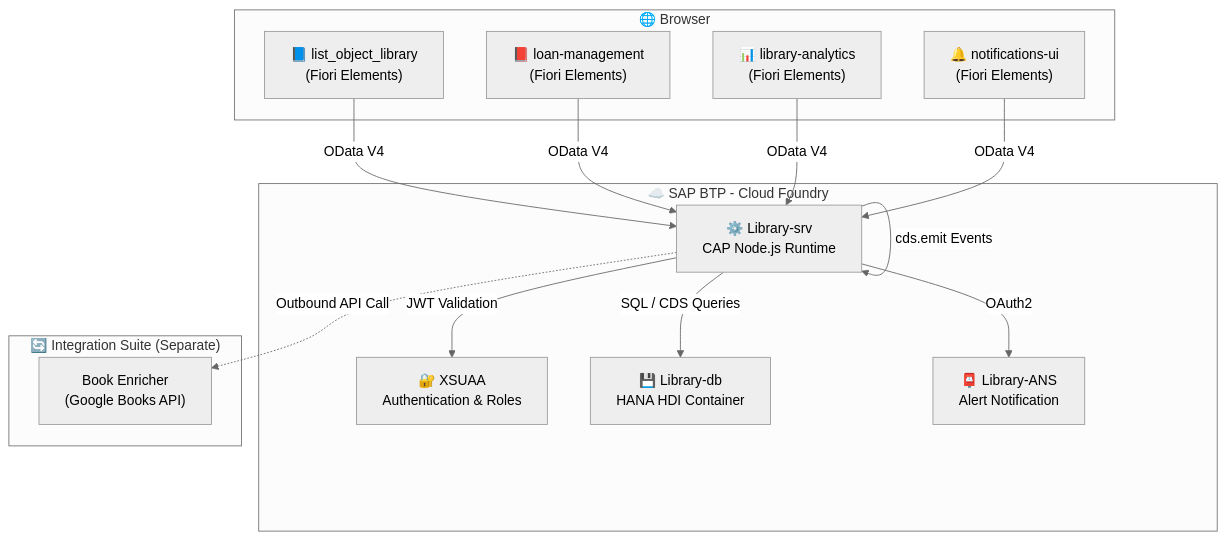
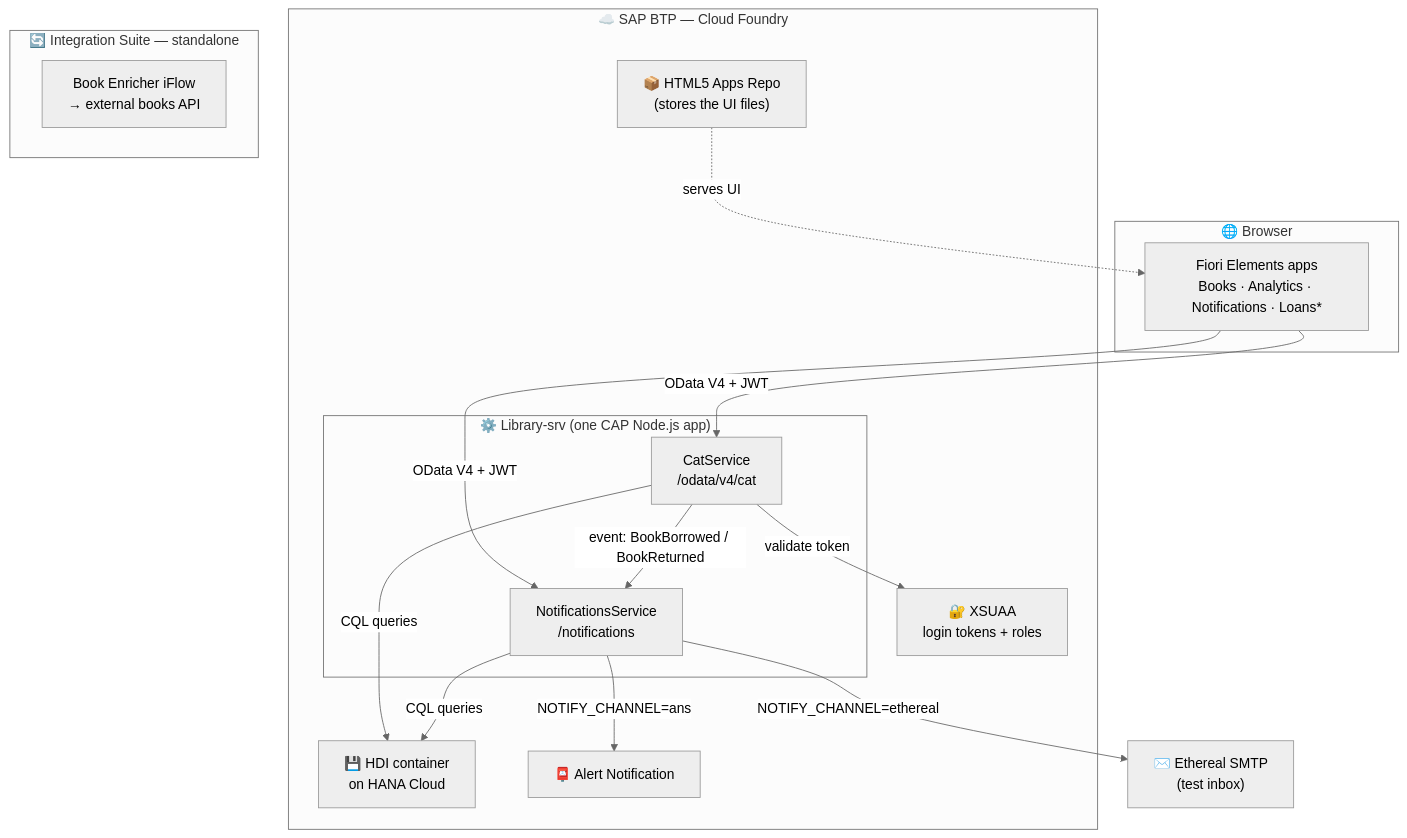
Before and after one commit to dhruv37502005/Library: the diagram in README.md, drawn with Mermaid (neutral theme). The commit also changed other lines of this file, not shown here.

````diff
--- a/README.md
+++ b/README.md
@@ -71,27 +97,33 @@
 ```mermaid
 flowchart TB
-    subgraph Browser["🌐 Browser"]
-        FE1["📘 list_object_library<br/>(Fiori Elements)"]
-        FE2["📕 loan-management<br/>(Fiori Elements)"]
-        FE3["📊 library-analytics<br/>(Fiori Elements)"]
-        FE4["🔔 notifications-ui<br/>(Fiori Elements)"]
+    subgraph Client["🌐 Browser"]
+        FE["Fiori Elements apps<br/>Books · Analytics · Notifications · Loans*"]
     end
 
-    subgraph BTP["☁️ SAP BTP - Cloud Foundry"]
-        SRV["⚙️ Library-srv<br/>CAP Node.js Runtime"]
-        XSUAA["🔐 XSUAA<br/>Authentication & Roles"]
-        HDI["💾 Library-db<br/>HANA HDI Container"]
-        ANS["📮 Library-ANS<br/>Alert Notification"]
+    subgraph BTP["☁️ SAP BTP — Cloud Foundry"]
+        REPO["📦 HTML5 Apps Repo<br/>(stores the UI files)"]
+        subgraph SRVAPP["⚙️ Library-srv  (one CAP Node.js app)"]
+            CAT["CatService<br/>/odata/v4/cat"]
+            NOTIF["NotificationsService<br/>/notifications"]
+        end
+        XSUAA["🔐 XSUAA<br/>login tokens + roles"]
+        HDI["💾 HDI container<br/>on HANA Cloud"]
+        ANS["📮 Alert Notification"]
     end
 
-    subgraph CPI["🔄 Integration Suite (Separate)"]
-        IFLOW["Book Enricher<br/>(Google Books API)"]
+    MAIL["✉️ Ethereal SMTP<br/>(test inbox)"]
+
+    subgraph CPI["🔄 Integration Suite — standalone"]
+        IFLOW["Book Enricher iFlow<br/>→ external books API"]
     end
 
-    FE1 & FE2 & FE3 & FE4 -->|OData V4| SRV
-    SRV -->|JWT Validation| XSUAA
-    SRV -->|SQL / CDS Queries| HDI
-    SRV -->|cds.emit Events| SRV
-    SRV -->|OAuth2| ANS
-    SRV -.->|Outbound API Call| IFLOW
+    REPO -. serves UI .-> FE
+    FE -->|OData V4 + JWT| CAT
+    FE -->|OData V4 + JWT| NOTIF
+    CAT -->|validate token| XSUAA
+    CAT -->|CQL queries| HDI
+    CAT -->|event: BookBorrowed / BookReturned| NOTIF
+    NOTIF -->|CQL queries| HDI
+    NOTIF -->|NOTIFY_CHANNEL=ethereal| MAIL
+    NOTIF -->|NOTIFY_CHANNEL=ans| ANS
 ```
````
